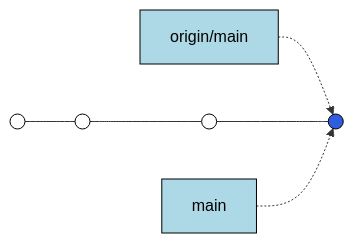
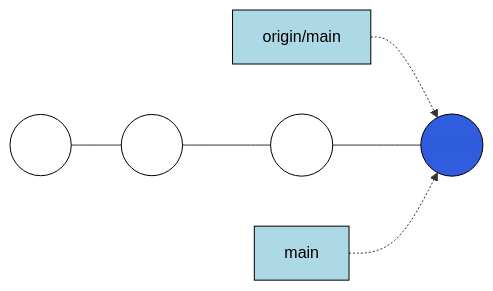
Before and after one commit to hpc2n/course-intro-git: the second of 4 diagrams in docs/teamwork.md, drawn with Mermaid. The commit also changed other lines of this file, not shown here.

Commit message:
Trying to fix a mermaid diagram

````diff
--- a/docs/teamwork.md
+++ b/docs/teamwork.md
@@ -98,20 +98,20 @@
 ```mermaid 
 graph LR
-  A((" "))
+  A(("Anode"))
   style A fill:#ffffff,stroke:#000000,color:#ffffff
   origin["origin/main"]
   style origin fill:#add8e6,stroke:#000000,color:#000000
-  B((" "))
+  B(("Bnode"))
   style B fill:#ffffff,stroke:#000000,color:#ffffff
-  C((" "))
+  C(("Cnode"))
   style C fill:#ffffff,stroke:#000000,color:#ffffff
   main["main"]
   style main fill:#add8e6,stroke:#000000,color:#000000
-  D((" "))
+  D(("Dnode"))
   style D fill:#305cde,stroke:#000000,color:#305cde
   A --- B
   origin -.-> D
   B --- C
   C --- D
   main -.-> D
 ```
````
